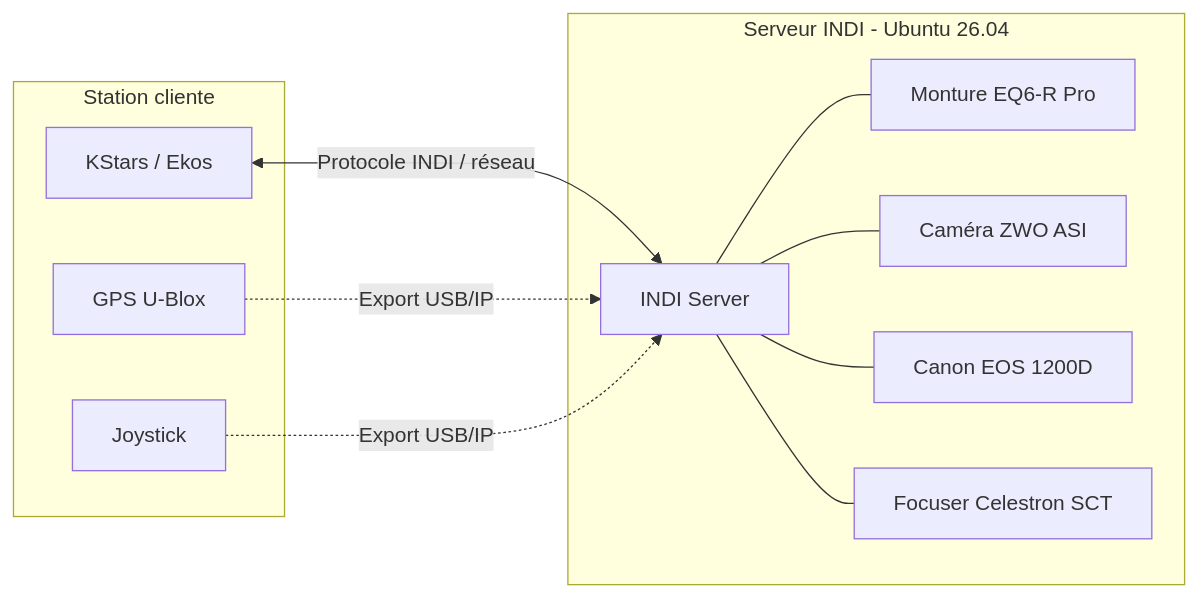
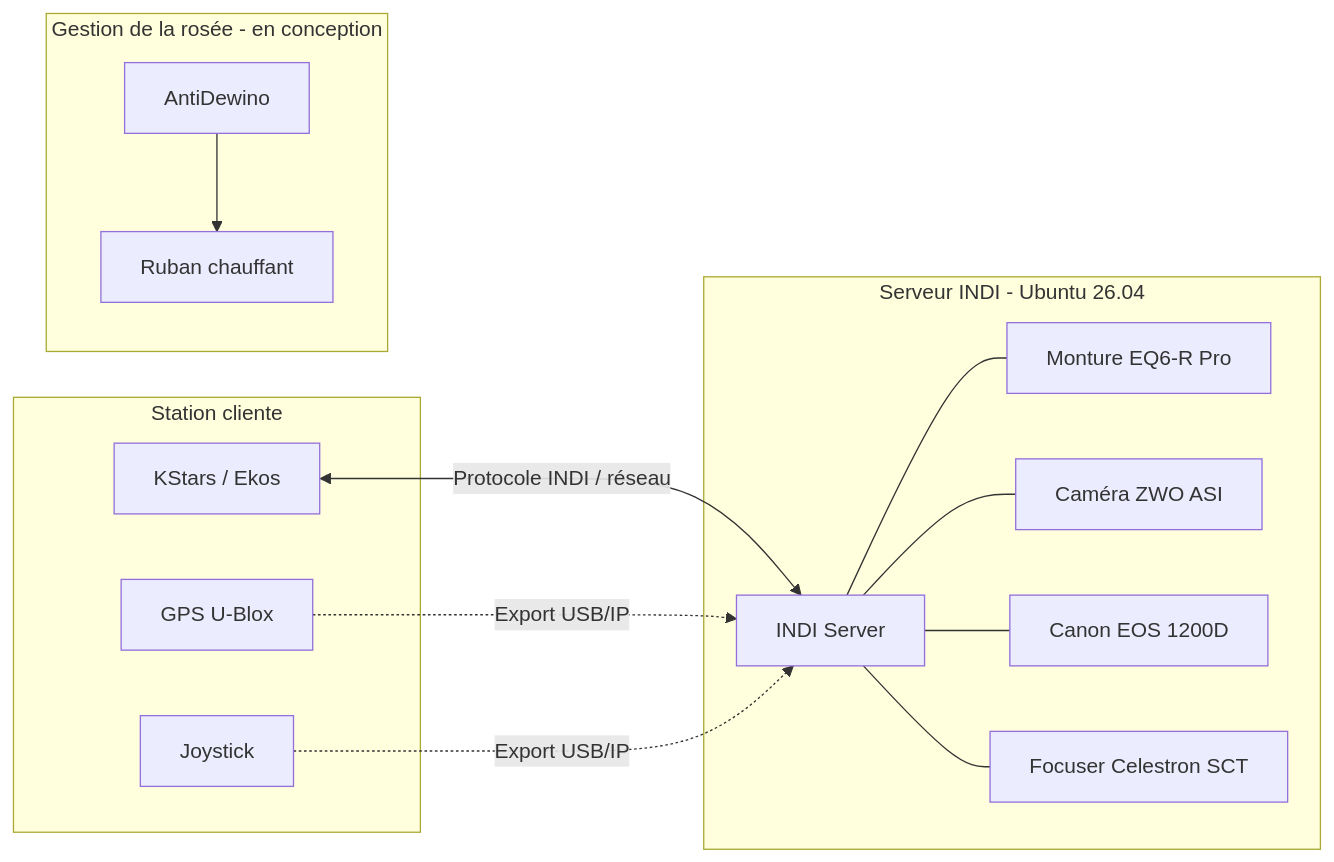
Before and after one commit to CosmicExplorator/cosmicexplorator.github.io: the diagram in content/astronomie/configuration/architecture.md, drawn with Mermaid. The commit also changed other lines of this file and 5 other files, not shown here.

```diff
--- a/content/astronomie/configuration/architecture.md
+++ b/content/astronomie/configuration/architecture.md
@@ -9,25 +9,31 @@
 {{< mermaid >}}
 flowchart LR
     subgraph CLIENT["Station cliente"]
         K["KStars / Ekos"]
         G["GPS U-Blox"]
         J["Joystick"]
     end
 
     subgraph SERVER["Serveur INDI - Ubuntu 26.04"]
         I["INDI Server"]
         M["Monture EQ6-R Pro"]
         Z["Caméra ZWO ASI"]
         C["Canon EOS 1200D"]
         F["Focuser Celestron SCT"]
     end
 
+    subgraph DEW["Gestion de la rosée - en conception"]
+        A["AntiDewino"]
+        R["Ruban chauffant"]
+    end
+
     K <-->|"Protocole INDI / réseau"| I
     G -. "Export USB/IP" .-> I
     J -. "Export USB/IP" .-> I
 
     I --- M
     I --- Z
     I --- C
     I --- F
+    A --> R
 {{< /mermaid >}}
```
